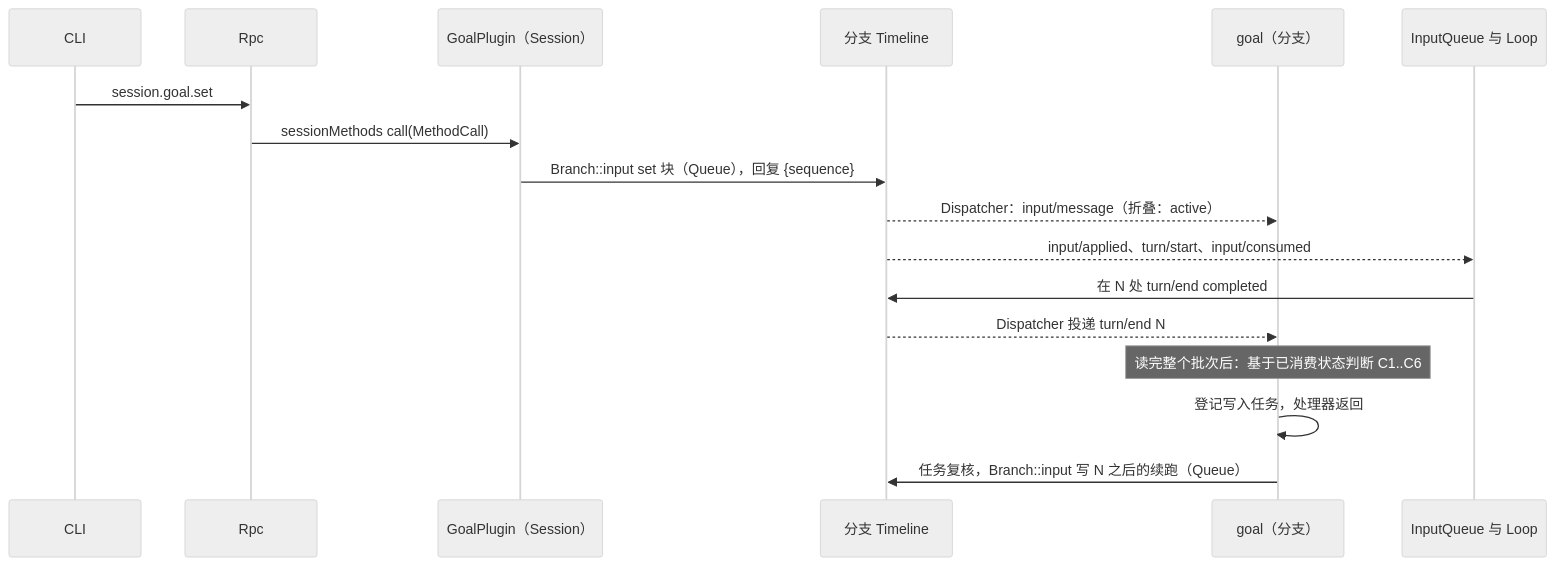
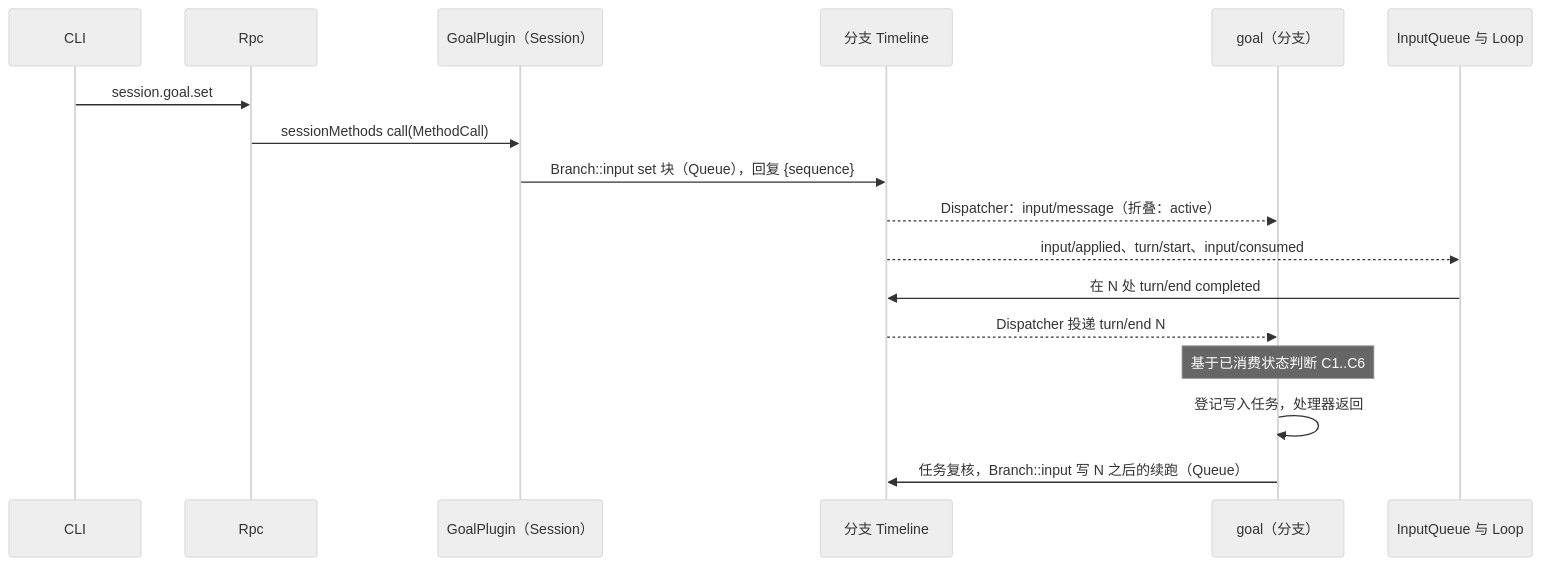
One commit to CoutinhoTTS/dim-agent changed the third of 7 diagrams in docs/zh/design/plugins/Goal.md. Above: the diagram before and after it, drawn with Mermaid (neutral theme). The commit also changed other lines of this file and 9 other files, not shown here.

````diff
--- a/docs/zh/design/plugins/Goal.md
+++ b/docs/zh/design/plugins/Goal.md
@@ -106,19 +106,19 @@
 ```mermaid
 sequenceDiagram
   participant CLI
   participant Rpc
   participant GS as GoalPlugin（Session）
   participant TL as 分支 Timeline
   participant G as goal（分支）
   participant IQ as InputQueue 与 Loop
   CLI->>Rpc: session.goal.set
   Rpc->>GS: sessionMethods call(MethodCall)
   GS->>TL: Branch::input set 块（Queue），回复 {sequence}
   TL-->>G: Dispatcher：input/message（折叠：active）
   TL-->>IQ: input/applied、turn/start、input/consumed
   IQ->>TL: 在 N 处 turn/end completed
   TL-->>G: Dispatcher 投递 turn/end N
-  Note over G: 读完整个批次后：基于已消费状态判断 C1..C6
+  Note over G: 基于已消费状态判断 C1..C6
   G->>G: 登记写入任务，处理器返回
   G->>TL: 任务复核，Branch::input 写 N 之后的续跑（Queue）
 ```
````
